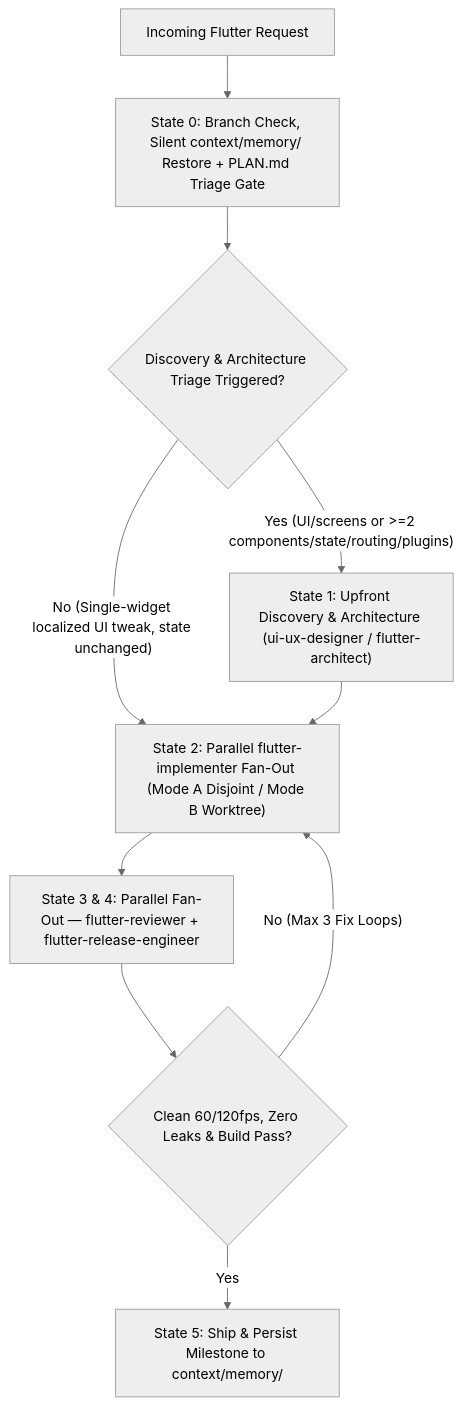
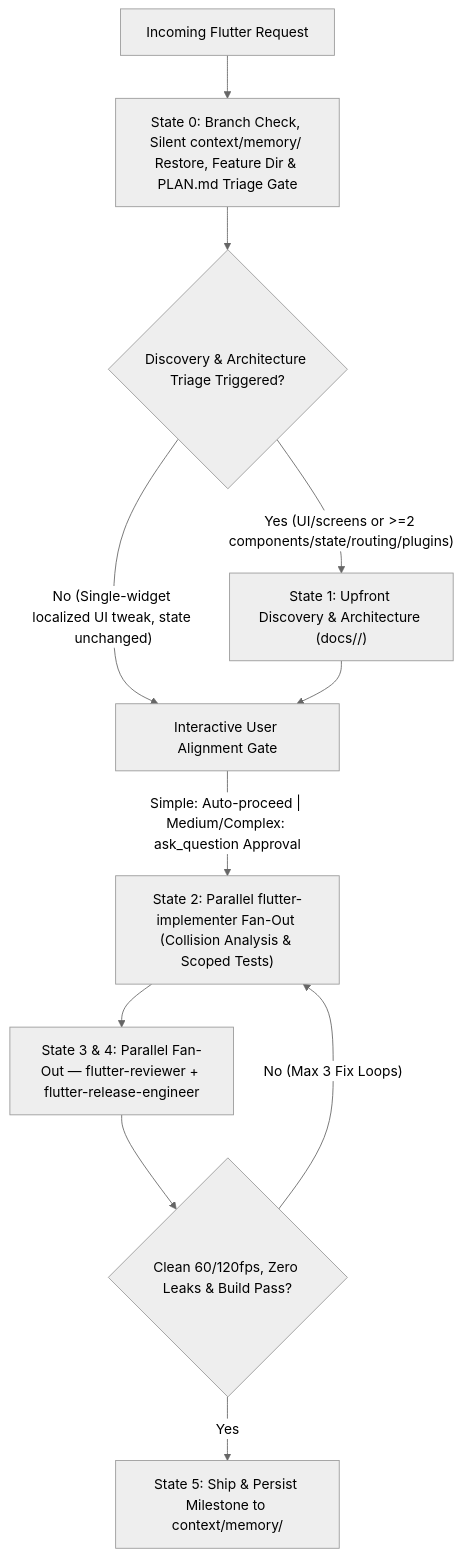
Before and after one commit to jggomez/expert-ai-developer-skills: the diagram in plugins/claude/senior-dev-flutter/skills/flutter-senior-orchestration/SKILL.md, drawn with Mermaid (neutral theme). The commit also changed other lines of this file and 34 other files, not shown here.

Commit message:
feat: centralize feature artifacts in docs, add user alignment gate, and parallel collision rules

````diff
--- a/plugins/claude/senior-dev-flutter/skills/flutter-senior-orchestration/SKILL.md
+++ b/plugins/claude/senior-dev-flutter/skills/flutter-senior-orchestration/SKILL.md
@@ -25,12 +25,13 @@
 ```mermaid
 flowchart TD
-    A["Incoming Flutter Request"] --> B["State 0: Branch Check, Silent context/memory/ Restore + PLAN.md Triage Gate"]
+    A["Incoming Flutter Request"] --> B["State 0: Branch Check, Silent context/memory/ Restore, Feature Dir & PLAN.md Triage Gate"]
     B --> C{"Discovery & Architecture Triage Triggered?"}
-    C -->|"Yes (UI/screens or >=2 components/state/routing/plugins)"| D["State 1: Upfront Discovery & Architecture (ui-ux-designer / flutter-architect)"]
-    C -->|"No (Single-widget localized UI tweak, state unchanged)"| E["State 2: Parallel flutter-implementer Fan-Out (Mode A Disjoint / Mode B Worktree)"]
-    D --> E
+    C -->|"Yes (UI/screens or >=2 components/state/routing/plugins)"| D["State 1: Upfront Discovery & Architecture (docs/<feature-name>/)"]
+    C -->|"No (Single-widget localized UI tweak, state unchanged)"| E_GATE["Interactive User Alignment Gate"]
+    D --> E_GATE
+    E_GATE -->|"Simple: Auto-proceed | Medium/Complex: ask_question Approval"| E["State 2: Parallel flutter-implementer Fan-Out (Collision Analysis & Scoped Tests)"]
     E --> F["State 3 & 4: Parallel Fan-Out — flutter-reviewer + flutter-release-engineer"]
     F --> G{"Clean 60/120fps, Zero Leaks & Build Pass?"}
     G -->|"No (Max 3 Fix Loops)"| E
     G -->|"Yes"| H["State 5: Ship & Persist Milestone to context/memory/"]
 ```
````
